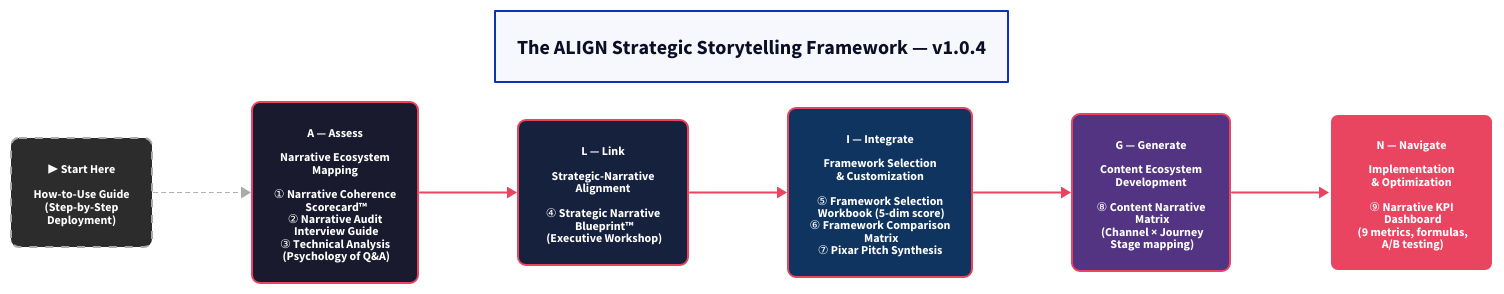
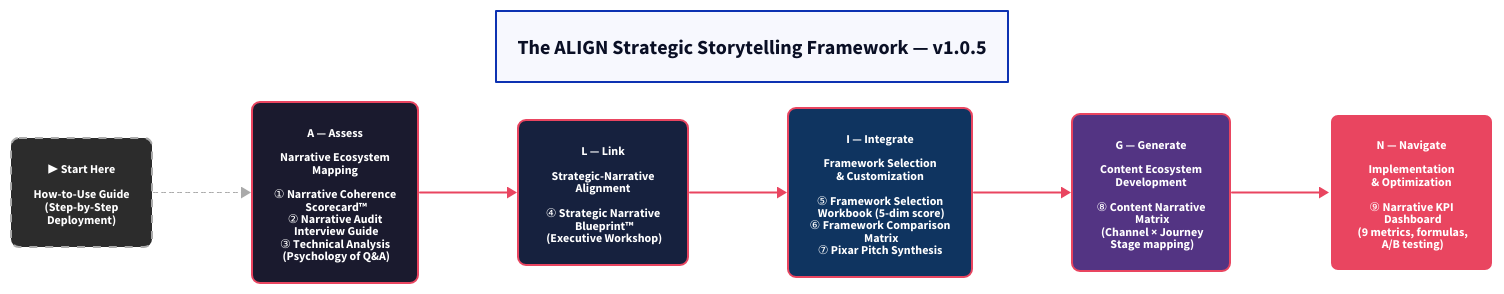
The diagram in assets/align-framework-overview.d2 (diShine-digital-agency/align-framework), drawn with D2 before and after one commit. The commit also changed 2 other files, not shown here.

Commit message:
Fix audit issues: ALIGN acronym, scorecard dimension names, D2 version, navigation footer
Agent-Logs-Url: https://github.com/diShine-digital-agency/align-framework/sessions/7d3b7c57-0de6-43cf-b422-5e30b47f4c65

```diff
--- a/assets/align-framework-overview.d2
+++ b/assets/align-framework-overview.d2
@@ -1,121 +1,121 @@
 direction: right
 
 title: {
-  label: "The ALIGN Strategic Storytelling Framework — v1.0.4"
+  label: "The ALIGN Strategic Storytelling Framework — v1.0.5"
   near: top-center
   style: {
     font-size: 20
     bold: true
   }
 }
 
 START: "▶  Start Here\n\nHow-to-Use Guide\n(Step-by-Step\nDeployment)" {
   shape: rectangle
   style: {
     fill: "#2c2c2c"
     font-color: "#ffffff"
     stroke: "#aaaaaa"
     stroke-width: 2
     border-radius: 8
     font-size: 12
     stroke-dash: 4
   }
 }
 
 A: "A — Assess" {
   shape: rectangle
   label: "A — Assess\n\nNarrative Ecosystem\nMapping\n\n① Narrative Coherence\n   Scorecard™\n② Narrative Audit\n   Interview Guide\n③ Technical Analysis\n   (Psychology of Q&A)"
   style: {
     fill: "#1a1a2e"
     font-color: "#ffffff"
     stroke: "#e94560"
     stroke-width: 2
     border-radius: 8
     font-size: 12
   }
 }
 
 L: "L — Link" {
   shape: rectangle
   label: "L — Link\n\nStrategic-Narrative\nAlignment\n\n④ Strategic Narrative\n   Blueprint™\n   (Executive Workshop)"
   style: {
     fill: "#16213e"
     font-color: "#ffffff"
     stroke: "#e94560"
     stroke-width: 2
     border-radius: 8
     font-size: 12
   }
 }
 
 I: "I — Integrate" {
   shape: rectangle
   label: "I — Integrate\n\nFramework Selection\n& Customization\n\n⑤ Framework Selection\n   Workbook (5-dim score)\n⑥ Framework Comparison\n   Matrix\n⑦ Pixar Pitch Synthesis"
   style: {
     fill: "#0f3460"
     font-color: "#ffffff"
     stroke: "#e94560"
     stroke-width: 2
     border-radius: 8
     font-size: 12
   }
 }
 
 G: "G — Generate" {
   shape: rectangle
   label: "G — Generate\n\nContent Ecosystem\nDevelopment\n\n⑧ Content Narrative\n   Matrix\n   (Channel × Journey\n   Stage mapping)"
   style: {
     fill: "#533483"
     font-color: "#ffffff"
     stroke: "#e94560"
     stroke-width: 2
     border-radius: 8
     font-size: 12
   }
 }
 
 N: "N — Navigate" {
   shape: rectangle
   label: "N — Navigate\n\nImplementation\n& Optimization\n\n⑨ Narrative KPI\n   Dashboard\n   (9 metrics, formulas,\n   A/B testing)"
   style: {
     fill: "#e94560"
     font-color: "#ffffff"
     stroke: "#ffffff"
     stroke-width: 2
     border-radius: 8
     font-size: 12
   }
 }
 
 START -> A: "" {
   style: {
     stroke: "#aaaaaa"
     stroke-width: 1
     stroke-dash: 4
   }
 }
 
 A -> L: "" {
   style: {
     stroke: "#e94560"
     stroke-width: 2
   }
 }
 L -> I: "" {
   style: {
     stroke: "#e94560"
     stroke-width: 2
   }
 }
 I -> G: "" {
   style: {
     stroke: "#e94560"
     stroke-width: 2
   }
 }
 G -> N: "" {
   style: {
     stroke: "#e94560"
     stroke-width: 2
   }
 }
```
